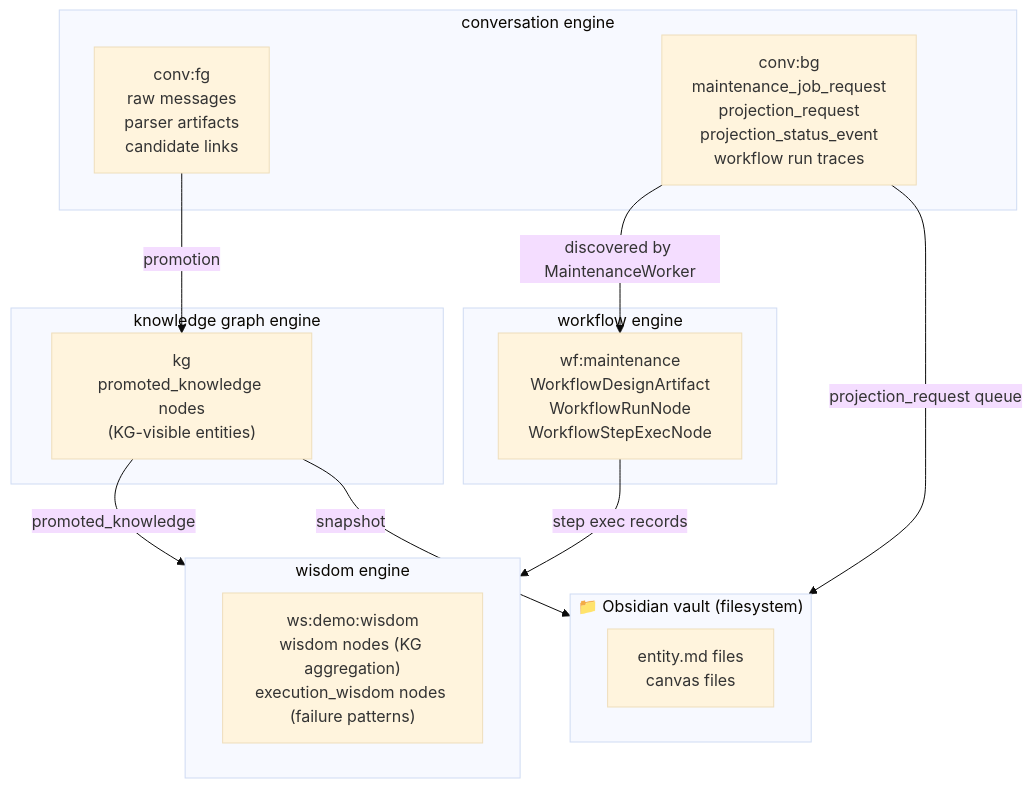
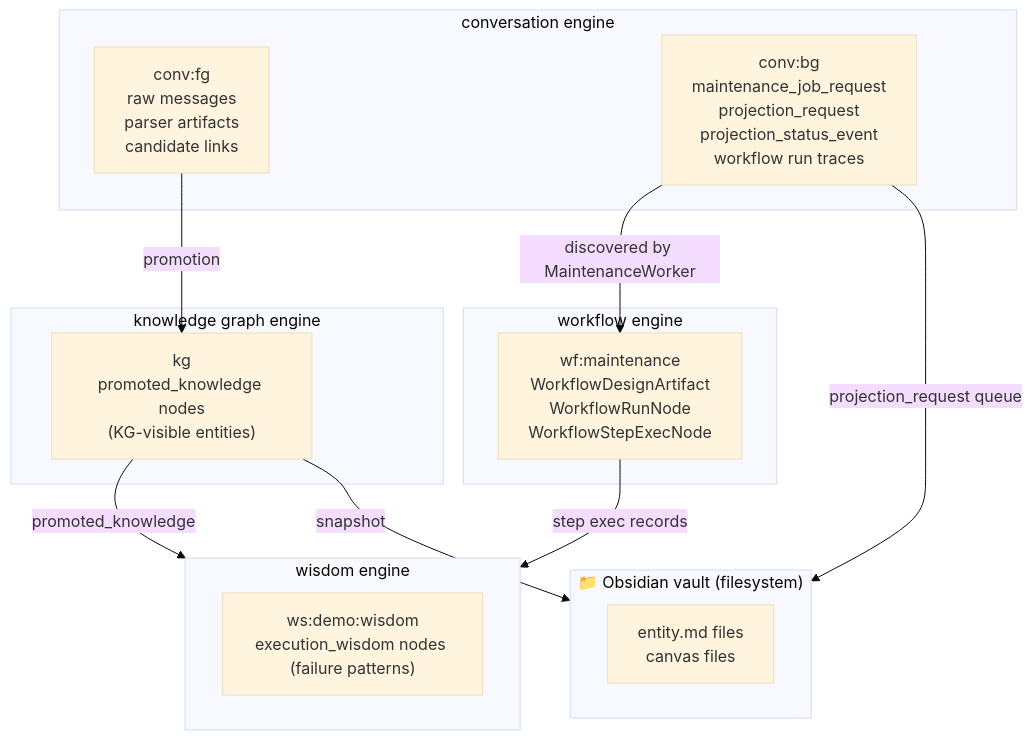
Before and after one commit to humblemat810/kogwistar-llm-wiki: the seventh of 7 diagrams in doc/diagrams.md, drawn with Mermaid (base theme). The commit also changed other lines of this file and 3 other files, not shown here.

````diff
--- a/doc/diagrams.md
+++ b/doc/diagrams.md
@@ -190,30 +190,30 @@
 ```mermaid
 flowchart TB
     subgraph conv["conversation engine"]
         FG["conv:fg\nraw messages\nparser artifacts\ncandidate links"]
         BG["conv:bg\nmaintenance_job_request\nprojection_request\nprojection_status_event\nworkflow run traces"]
     end
 
     subgraph wf["workflow engine"]
         WF["wf:maintenance\nWorkflowDesignArtifact\nWorkflowRunNode\nWorkflowStepExecNode"]
     end
 
     subgraph kg["knowledge graph engine"]
         KG["kg\npromoted_knowledge nodes\n(KG-visible entities)"]
     end
 
     subgraph wisdom["wisdom engine"]
-        W1["ws:demo:wisdom\nwisdom nodes (KG aggregation)\nexecution_wisdom nodes (failure patterns)"]
+        W1["ws:demo:wisdom\nexecution_wisdom nodes (failure patterns)"]
     end
 
     subgraph obsidian["📁 Obsidian vault (filesystem)"]
         V["entity.md files\ncanvas files"]
     end
 
     FG -->|promotion| KG
     BG -->|discovered by MaintenanceWorker| WF
     WF -->|step exec records| wisdom
     KG -->|promoted_knowledge| wisdom
     BG -->|projection_request queue| obsidian
     KG -->|snapshot| obsidian
 ```
````
